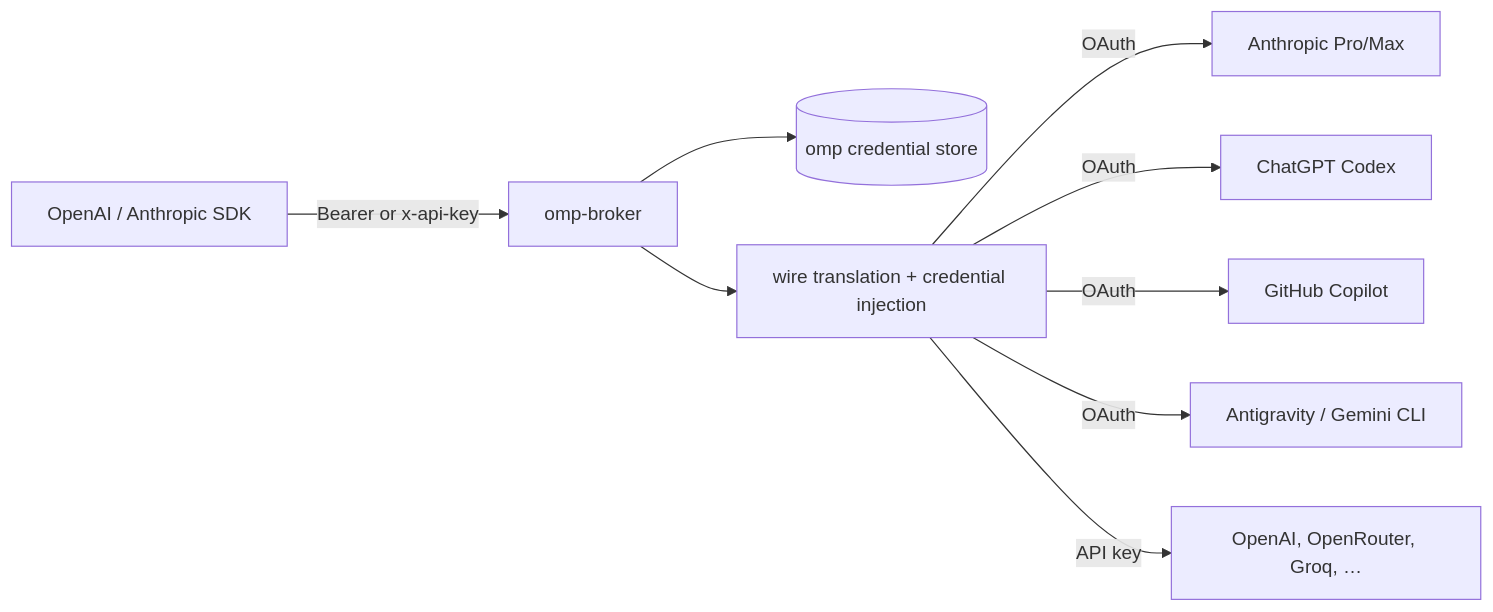
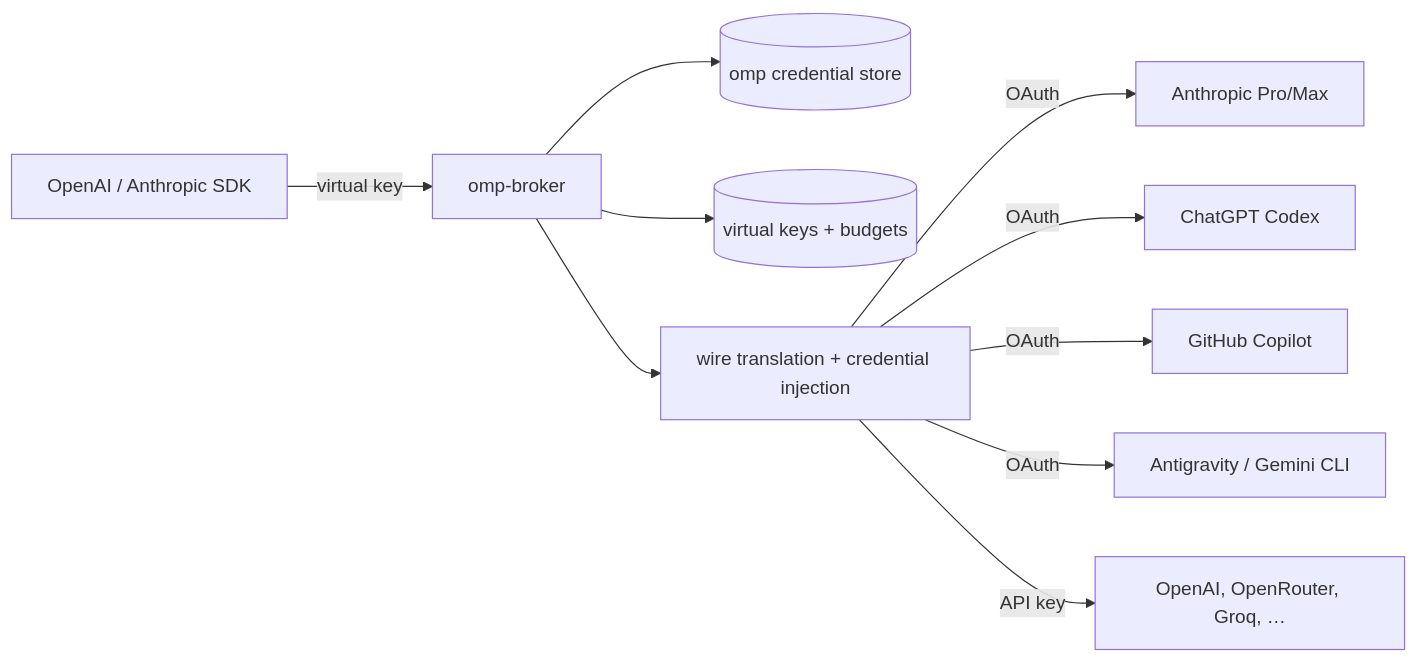
One commit to tmih06/omp-broker changed the diagram in README.md. Above: the diagram before and after it, drawn with Mermaid. The commit also changed other lines of this file and 9 other files, not shown here.

First line of the commit message:
feat(keys): add virtual API keys with budgets and policy

````diff
--- a/README.md
+++ b/README.md
@@ -5,11 +5,12 @@
 ```mermaid
 flowchart LR
-  C[OpenAI / Anthropic SDK] -->|Bearer or x-api-key| G[omp-broker]
+  C[OpenAI / Anthropic SDK] -->|virtual key| G[omp-broker]
   G --> S[(omp credential store)]
+  G --> V[(virtual keys + budgets)]
   G --> T[wire translation + credential injection]
   T -->|OAuth| A[Anthropic Pro/Max]
   T -->|OAuth| O[ChatGPT Codex]
   T -->|OAuth| GH[GitHub Copilot]
   T -->|OAuth| GA[Antigravity / Gemini CLI]
   T -->|API key| K[OpenAI, OpenRouter, Groq, …]
 ```
````
